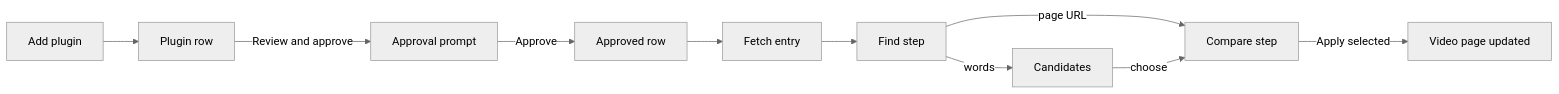
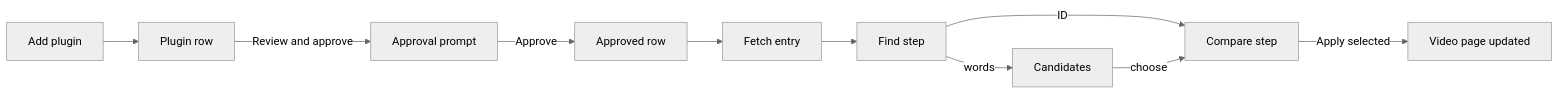
Before and after one commit to syudead/vv: the first of 3 diagrams in specs/049-work-info-plugins/ui-design.md, drawn with Mermaid (neutral theme). The commit also changed other lines of this file and 62 other files, not shown here.

````diff
--- a/specs/049-work-info-plugins/ui-design.md
+++ b/specs/049-work-info-plugins/ui-design.md
@@ -40,12 +40,12 @@
 ```mermaid
 flowchart LR
   add[Add plugin] --> row[Plugin row]
   row -->|Review and approve| prompt[Approval prompt]
   prompt -->|Approve| approved[Approved row]
   approved --> entry[Fetch entry]
   entry --> find[Find step]
   find -->|words| list[Candidates]
-  find -->|page URL| compare[Compare step]
+  find -->|ID| compare[Compare step]
   list -->|choose| compare
   compare -->|Apply selected| page[Video page updated]
 ```
````
